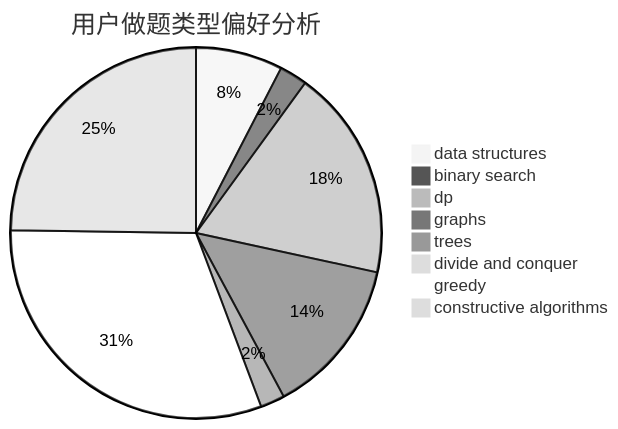
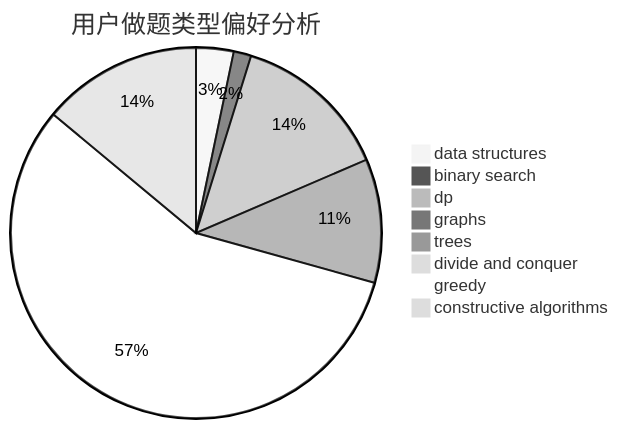
One commit to sherpahu/cfrs.github.io changed the second of 3 diagrams in docs/user/u1869.md. Above: the diagram before and after it, drawn with Mermaid (neutral theme). The commit also changed other lines of this file and 2770 other files, not shown here.

````diff
--- a/docs/user/u1869.md
+++ b/docs/user/u1869.md
@@ -23,11 +23,11 @@
 ```mermaid
 pie title 用户做题类型偏好分析
-    "data structures" :  75
-    "binary search" :  24
-    "dp" :  182
-    "graphs" :  136
-    "trees" :  21
-    "divide and conquer" :  1
-    "greedy" :  306
-    "constructive algorithms" :  245
+    "data structures" :  30
+    "binary search" :  14
+    "dp" :  126
+    "graphs" :  2
+    "trees" :  99
+    "divide and conquer" :  0
+    "greedy" :  520
+    "constructive algorithms" :  128
 ```
````
